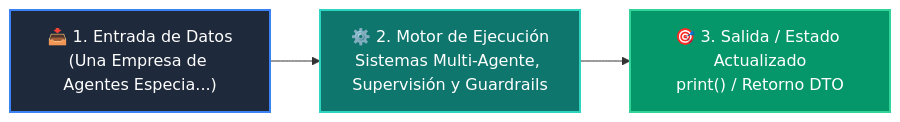
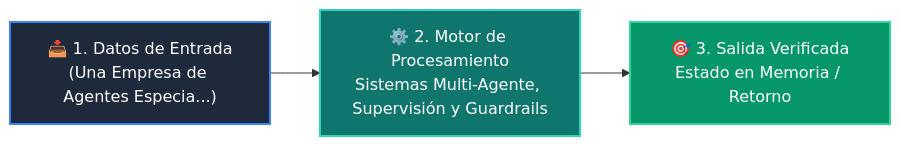
The diagram in 03-agentes-ia/clase-08-sistemas-multi-agente/README.md (wisrovi/wisrovi-python), drawn with Mermaid before and after one commit. The commit also changed other lines of this file and 226 other files, not shown here.

Commit message:
docs: elevate all repository READMEs to world-class mastery standard with rich pedagogical architecture, custom Mermaids, and professional styling

````diff
--- a/03-agentes-ia/clase-08-sistemas-multi-agente/README.md
+++ b/03-agentes-ia/clase-08-sistemas-multi-agente/README.md
@@ -12,9 +26,9 @@
 ```mermaid
 flowchart LR
-    A["📥 1. Entrada de Datos<br/>(Una Empresa de Agentes Especia...)"] --> B["⚙️ 2. Motor de Ejecución<br/>Sistemas Multi-Agente, Supervisión y Guardrails"]
-    B --> C["🎯 3. Salida / Estado Actualizado<br/>print() / Retorno DTO"]
+    IN["📥 1. Datos de Entrada<br/>(Una Empresa de Agentes Especia...)"] --> ENG["⚙️ 2. Motor de Procesamiento<br/>Sistemas Multi-Agente, Supervisión y Guardrails"]
+    ENG --> OUT["🎯 3. Salida Verificada<br/>Estado en Memoria / Retorno"]
 
-    style A fill:#1e293b,color:#ffffff,stroke:#3b82f6,stroke-width:2px
-    style B fill:#0f766e,color:#ffffff,stroke:#2dd4bf,stroke-width:2px
-    style C fill:#059669,color:#ffffff,stroke:#34d399,stroke-width:2px
+    style IN fill:#1e293b,color:#ffffff,stroke:#3b82f6,stroke-width:2px
+    style ENG fill:#0f766e,color:#ffffff,stroke:#2dd4bf,stroke-width:2px
+    style OUT fill:#059669,color:#ffffff,stroke:#34d399,stroke-width:2px
 ```
````
